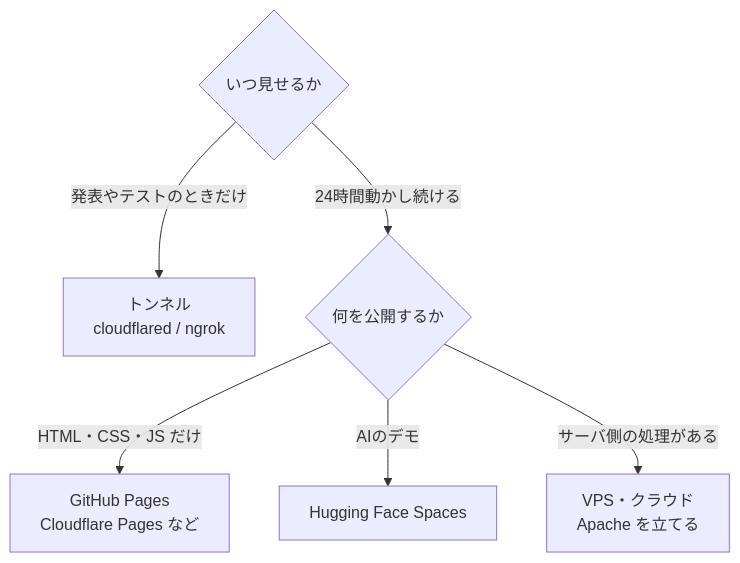
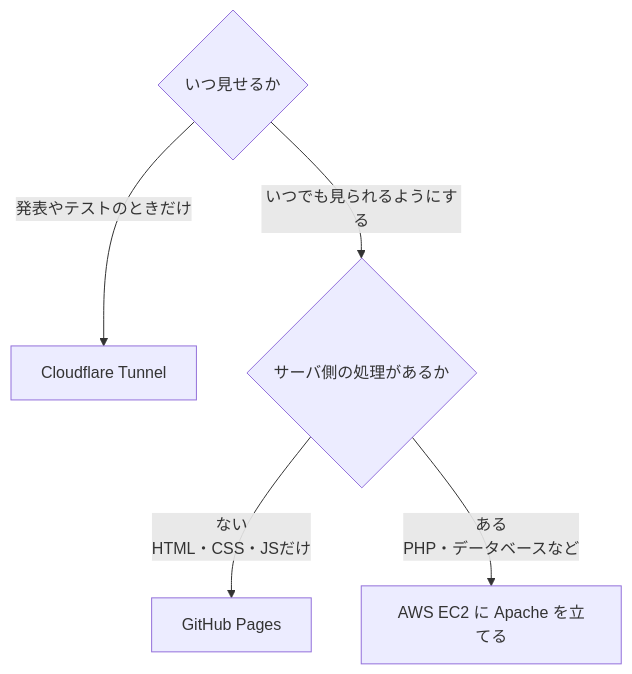
Before and after one commit to mitsuya3471/thesis: the fourth of 4 diagrams in courses/サーバの構築と公開.md, drawn with Mermaid. The commit also changed other lines of this file and 4 other files, not shown here.

First line of the commit message:
公開方法を Cloudflare Tunnel と GitHub Pages に絞り、付録に手順を分ける

````diff
--- a/courses/サーバの構築と公開.md
+++ b/courses/サーバの構築と公開.md
@@ -60,8 +60,7 @@
 ```mermaid
 flowchart TD
-    Q{"いつ見せるか"} -- "発表やテストのときだけ" --> T["トンネル<br/>cloudflared / ngrok"]
-    Q -- "24時間動かし続ける" --> H{"何を公開するか"}
-    H -- "HTML・CSS・JS だけ" --> S["GitHub Pages<br/>Cloudflare Pages など"]
-    H -- "AIのデモ" --> F["Hugging Face Spaces"]
-    H -- "サーバ側の処理がある" --> V["VPS・クラウド<br/>Apache を立てる"]
+    Q{"いつ見せるか"} -- "発表やテストのときだけ" --> T["Cloudflare Tunnel"]
+    Q -- "いつでも見られるようにする" --> H{"サーバ側の処理があるか"}
+    H -- "ない<br/>HTML・CSS・JSだけ" --> P["GitHub Pages"]
+    H -- "ある<br/>PHP・データベースなど" --> E["AWS EC2 に Apache を立てる"]
 ```
````
